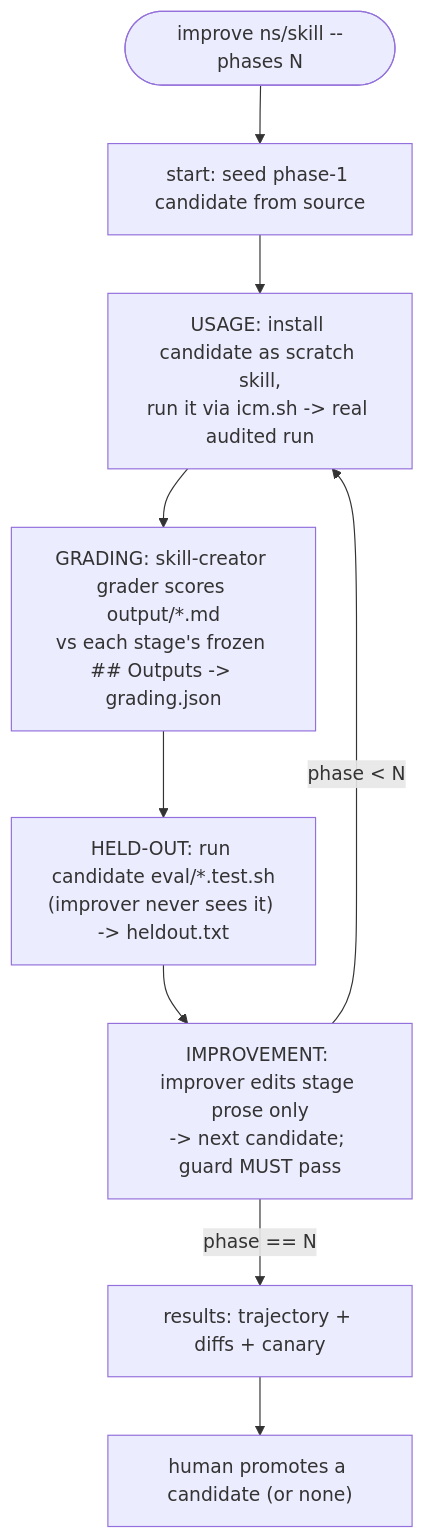
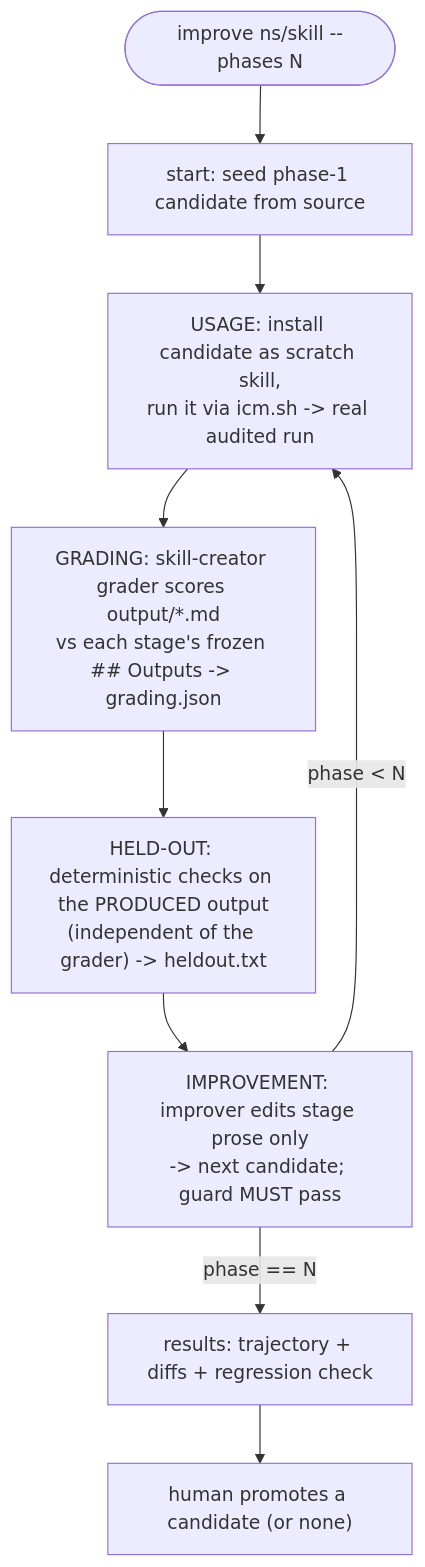
The diagram in skills/kakkoidev/icm-improve/SKILL.md (KakkoiDev/icm-runtime), drawn with Mermaid before and after one commit. The commit also changed other lines of this file and 4 other files, not shown here.

````diff
--- a/skills/kakkoidev/icm-improve/SKILL.md
+++ b/skills/kakkoidev/icm-improve/SKILL.md
@@ -50,11 +52,11 @@
 ```mermaid
 flowchart TD
     S(["improve ns/skill --phases N"]) --> ST["start: seed phase-1 candidate from source"]
     ST --> U["USAGE: install candidate as scratch skill,<br>run it via icm.sh -> real audited run"]
     U --> G["GRADING: skill-creator grader scores output/*.md<br>vs each stage's frozen ## Outputs -> grading.json"]
-    G --> H["HELD-OUT: run candidate eval/*.test.sh<br>(improver never sees it) -> heldout.txt"]
+    G --> H["HELD-OUT: deterministic checks on the PRODUCED output<br>(independent of the grader) -> heldout.txt"]
     H --> I["IMPROVEMENT: improver edits stage prose only<br>-> next candidate; guard MUST pass"]
     I -->|"phase < N"| U
-    I -->|"phase == N"| R["results: trajectory + diffs + canary"]
+    I -->|"phase == N"| R["results: trajectory + diffs + regression check"]
     R --> P["human promotes a candidate (or none)"]
 ```
````
